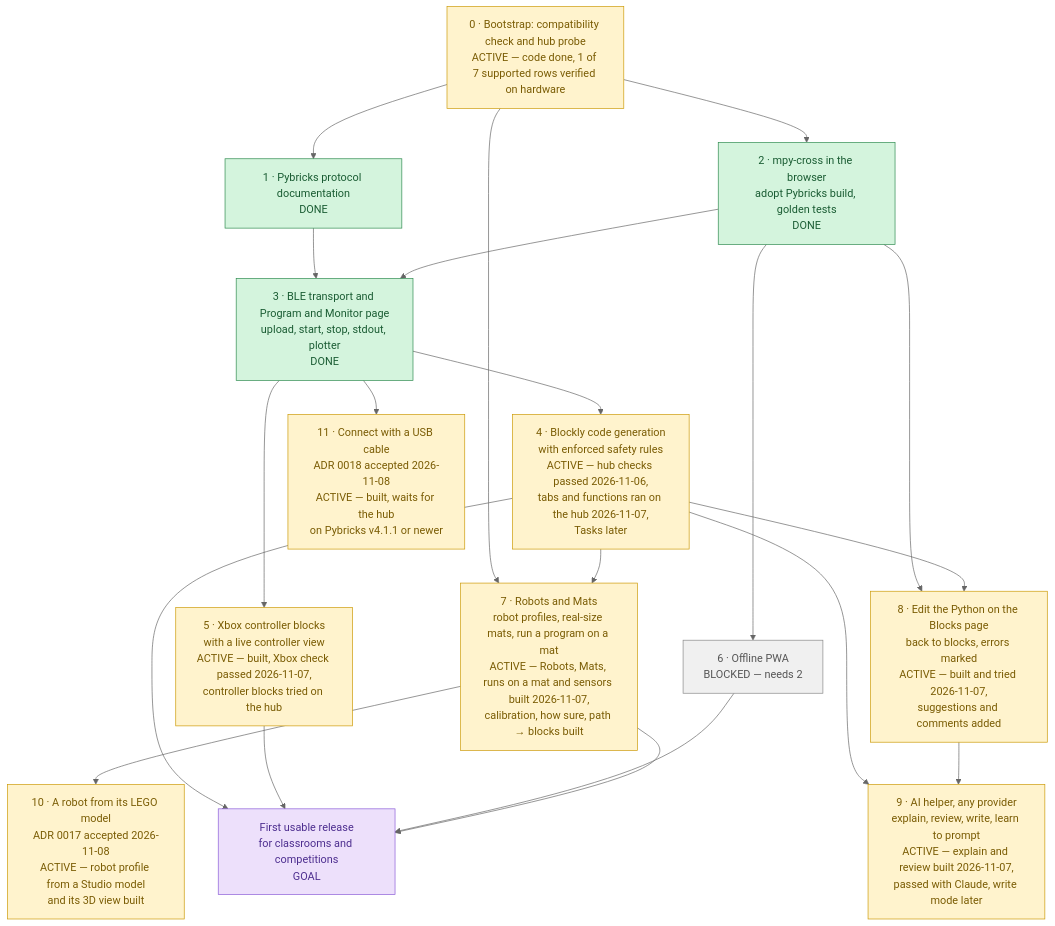
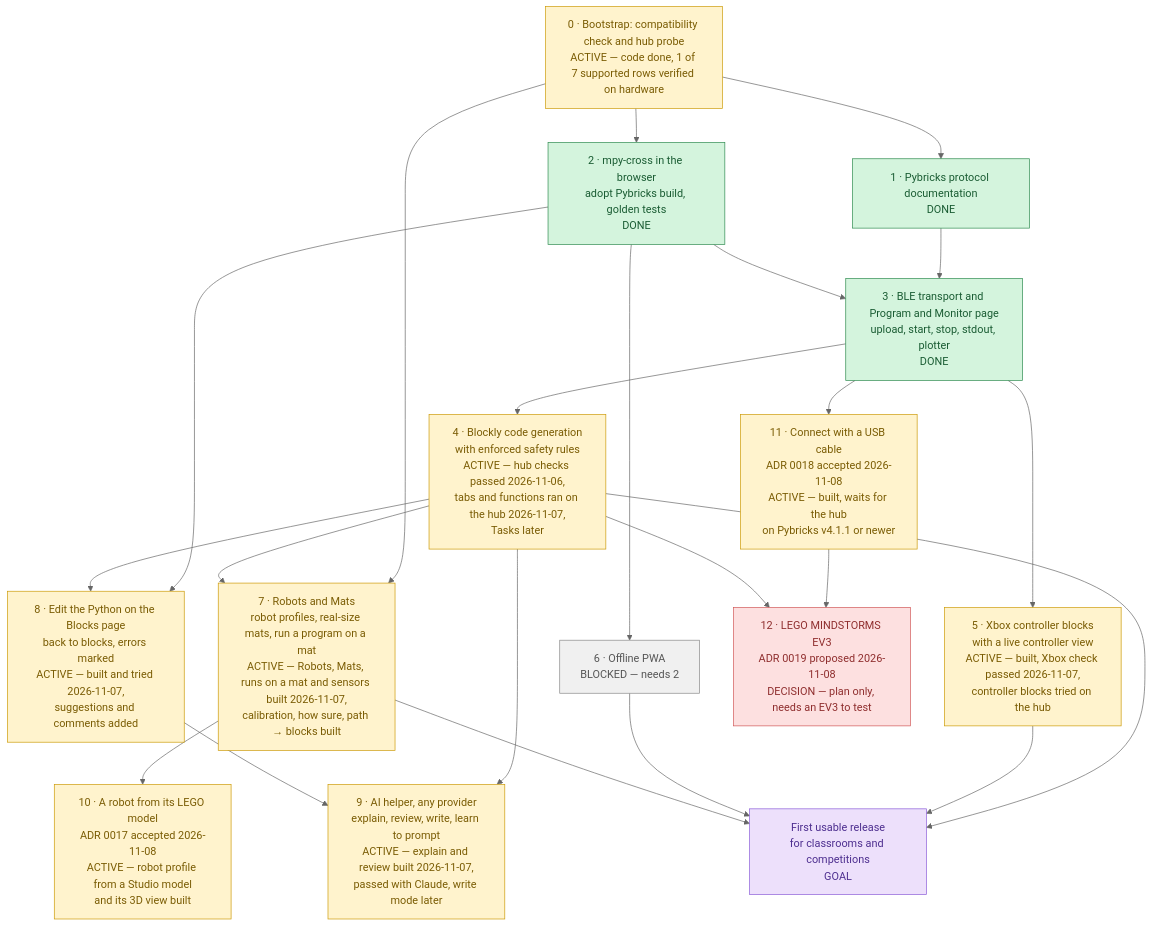
The diagram in docs/roadmap.md (lumduan/matpilot), drawn with Mermaid (neutral theme) before and after one commit. The commit also changed other lines of this file and 1 other file, not shown here.

First line of the commit message:
docs: plan LEGO MINDSTORMS EV3 support (ADR 0019, proposed)

````diff
--- a/docs/roadmap.md
+++ b/docs/roadmap.md
@@ -10,53 +10,57 @@
 ```mermaid
 flowchart TD
     M0["0 · Bootstrap: compatibility check and hub probe<br/>ACTIVE — code done, 1 of 7 supported rows verified on hardware"]
     M1["1 · Pybricks protocol documentation<br/>DONE"]
     M2["2 · mpy-cross in the browser<br/>adopt Pybricks build, golden tests<br/>DONE"]
     M3["3 · BLE transport and Program and Monitor page<br/>upload, start, stop, stdout, plotter<br/>DONE"]
     M4["4 · Blockly code generation<br/>with enforced safety rules<br/>ACTIVE — hub checks passed 2026-11-06,<br/>tabs and functions ran on the hub 2026-11-07,<br/>Tasks later"]
     M5["5 · Xbox controller blocks<br/>with a live controller view<br/>ACTIVE — built, Xbox check passed 2026-11-07,<br/>controller blocks tried on the hub"]
     M6["6 · Offline PWA<br/>BLOCKED — needs 2"]
     M7["7 · Robots and Mats<br/>robot profiles, real-size mats, run a program on a mat<br/>ACTIVE — Robots, Mats, runs on a mat and sensors built 2026-11-07,<br/>calibration, how sure, path → blocks built"]
     M10["10 · A robot from its LEGO model<br/>ADR 0017 accepted 2026-11-08<br/>ACTIVE — robot profile from a Studio model<br/>and its 3D view built"]
     M8["8 · Edit the Python on the Blocks page<br/>back to blocks, errors marked<br/>ACTIVE — built and tried 2026-11-07,<br/>suggestions and comments added"]
     M9["9 · AI helper, any provider<br/>explain, review, write, learn to prompt<br/>ACTIVE — explain and review built 2026-11-07,<br/>passed with Claude, write mode later"]
     M11["11 · Connect with a USB cable<br/>ADR 0018 accepted 2026-11-08<br/>ACTIVE — built, waits for the hub<br/>on Pybricks v4.1.1 or newer"]
+    M12["12 · LEGO MINDSTORMS EV3<br/>ADR 0019 proposed 2026-11-08<br/>DECISION — plan only, needs an EV3 to test"]
     GOAL["First usable release<br/>for classrooms and competitions<br/>GOAL"]
 
     M0 --> M1
     M0 --> M2
     M0 --> M7
     M4 --> M7
     M7 --> M10
     M1 --> M3
     M2 --> M3
     M3 --> M4
     M3 --> M5
     M2 --> M6
     M4 --> GOAL
     M5 --> GOAL
     M6 --> GOAL
     M7 --> GOAL
     M2 --> M8
     M4 --> M8
     M4 --> M9
     M8 --> M9
     M3 --> M11
+    M11 --> M12
+    M4 --> M12
 
     classDef done     fill:#d4f4dd,stroke:#2d8a4e,color:#1a5c33
     classDef active   fill:#fff3cd,stroke:#cc9a06,color:#7a5c04
     classDef ready    fill:#d6e9ff,stroke:#3b7dd8,color:#1e4d8f
     classDef blocked  fill:#f0f0f0,stroke:#888,color:#555
     classDef goal     fill:#ede0fb,stroke:#8a5cd8,color:#4d2e8f
     classDef decision fill:#fde0e0,stroke:#d05555,color:#8f2e2e
 
     class M0,M4,M5 active
     class M1,M2,M3 done
     class M7 active
     class M6 blocked
     class M10 active
     class GOAL goal
     class M8 active
     class M9 active
     class M11 active
+    class M12 decision
 ```
````
